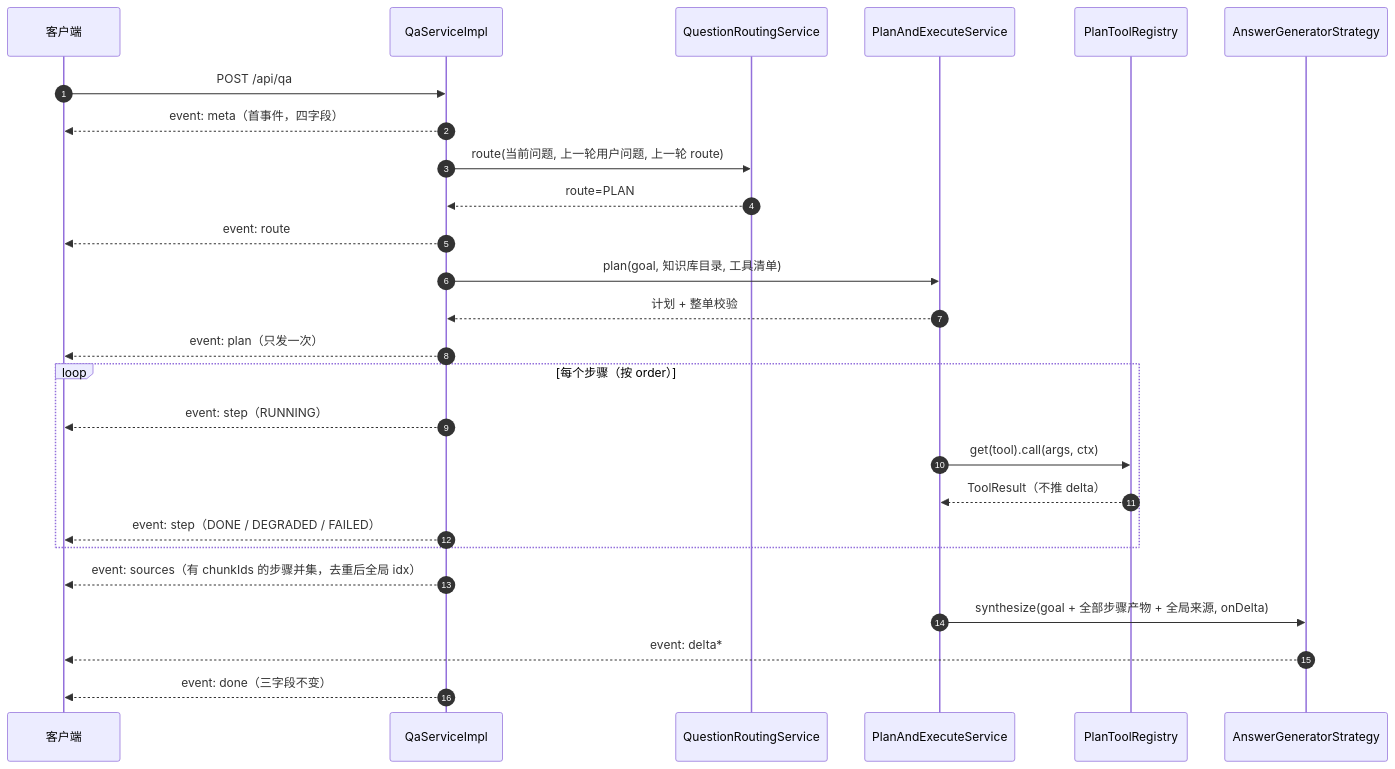
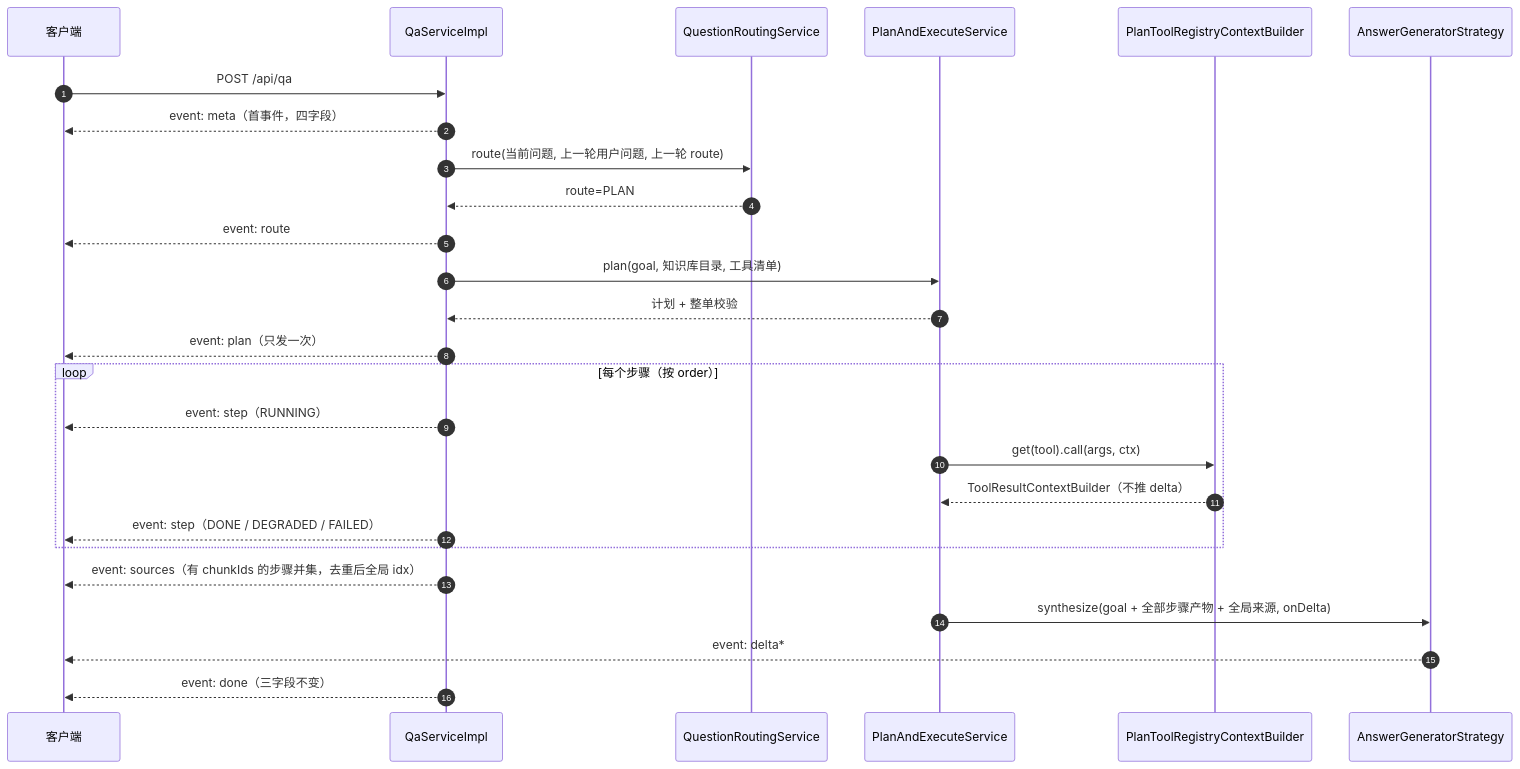
Before and after one commit to weifeixuan/lender-assistant: the second of 4 diagrams in docs/prd/qa-routing-and-plan-execute.md, drawn with Mermaid. The commit also changed other lines of this file and 27 other files, not shown here.

Commit message:
refactor(structure): 工具面拆名为 aitools 与 rag/context，类名补 ContextBuilder 后缀

````diff
--- a/docs/prd/qa-routing-and-plan-execute.md
+++ b/docs/prd/qa-routing-and-plan-execute.md
@@ -60,29 +60,29 @@
 ```mermaid
 sequenceDiagram
     autonumber
     participant C as 客户端
     participant Q as QaServiceImpl
     participant R as QuestionRoutingService
     participant P as PlanAndExecuteService
-    participant T as PlanToolRegistry
+    participant T as PlanToolRegistryContextBuilder
     participant G as AnswerGeneratorStrategy
 
     C->>Q: POST /api/qa
     Q-->>C: event: meta（首事件，四字段）
     Q->>R: route(当前问题, 上一轮用户问题, 上一轮 route)
     R-->>Q: route=PLAN
     Q-->>C: event: route
     Q->>P: plan(goal, 知识库目录, 工具清单)
     P-->>Q: 计划 + 整单校验
     Q-->>C: event: plan（只发一次）
     loop 每个步骤（按 order）
         Q-->>C: event: step（RUNNING）
         P->>T: get(tool).call(args, ctx)
-        T-->>P: ToolResult（不推 delta）
+        T-->>P: ToolResultContextBuilder（不推 delta）
         Q-->>C: event: step（DONE / DEGRADED / FAILED）
     end
     Q-->>C: event: sources（有 chunkIds 的步骤并集，去重后全局 idx）
     P->>G: synthesize(goal + 全部步骤产物 + 全局来源, onDelta)
     G-->>C: event: delta*
     Q-->>C: event: done（三字段不变）
 ```
````
